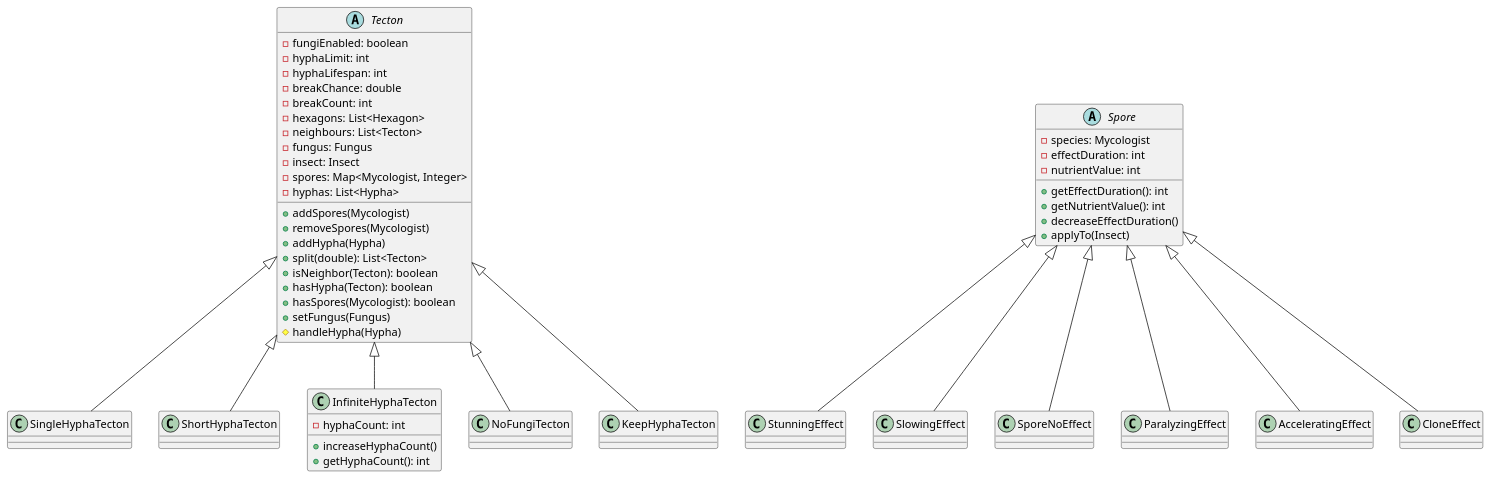
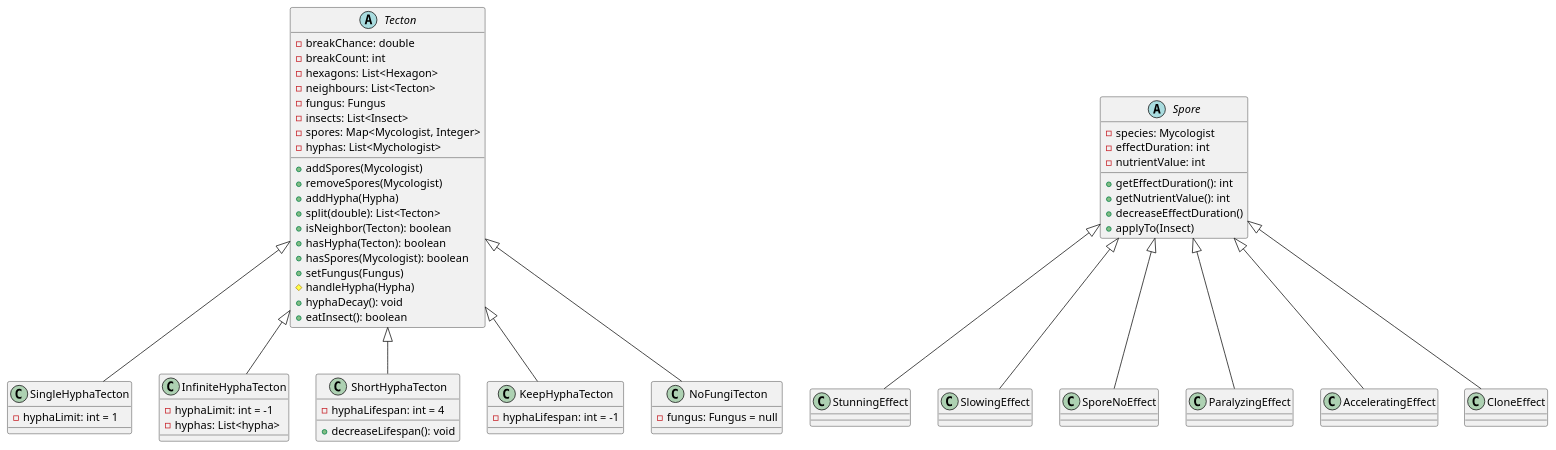
The diagram in docs/Class/derrived.puml (hujberhunor/SzomiSztegoProjlab), drawn with PlantUML before and after one commit. The commit also changed 7 other files, not shown here.

```diff
--- a/docs/Class/derrived.puml
+++ b/docs/Class/derrived.puml
@@ -1,54 +1,61 @@
 @startuml
 
 abstract class Tecton {
-    - fungiEnabled: boolean
-    - hyphaLimit: int
-    - hyphaLifespan: int
     - breakChance: double
     - breakCount: int
     - hexagons: List<Hexagon>
     - neighbours: List<Tecton>
     - fungus: Fungus
-    - insect: Insect
+    - insects: List<Insect>
     - spores: Map<Mycologist, Integer>
-    - hyphas: List<Hypha>
+    - hyphas: List<Mychologist>
     + addSpores(Mycologist)
     + removeSpores(Mycologist)
     + addHypha(Hypha)
     + split(double): List<Tecton>
     + isNeighbor(Tecton): boolean
     + hasHypha(Tecton): boolean
     + hasSpores(Mycologist): boolean
     + setFungus(Fungus)
     # handleHypha(Hypha)
+    + hyphaDecay(): void
+    + eatInsect(): boolean
 }
 
-class SingleHyphaTecton extends Tecton
-class ShortHyphaTecton  extends Tecton
+class SingleHyphaTecton extends Tecton{
+    - hyphaLimit: int = 1
+}
 class InfiniteHyphaTecton  extends Tecton{
-    - hyphaCount: int
-    + increaseHyphaCount()
-    + getHyphaCount(): int
+    - hyphaLimit: int = -1
+    - hyphas: List<hypha>
 }
-class NoFungiTecton extends Tecton
-class KeepHyphaTecton extends Tecton{ }
+class ShortHyphaTecton  extends Tecton{
+    - hyphaLifespan: int = 4
+    + decreaseLifespan(): void 
+}
+class KeepHyphaTecton extends Tecton{ 
+    - hyphaLifespan: int = -1
+}
+class NoFungiTecton extends Tecton{
+    - fungus: Fungus = null
+}
 
 
 abstract class Spore {
     - species: Mycologist
     - effectDuration: int
     - nutrientValue: int
     + getEffectDuration(): int
     + getNutrientValue(): int
     + decreaseEffectDuration()
     + applyTo(Insect)
 }
 
 class StunningEffect extends Spore
 class SlowingEffect extends Spore
 class SporeNoEffect extends Spore
 class ParalyzingEffect extends Spore
 class AcceleratingEffect extends Spore
 class CloneEffect extends Spore
 
 @enduml
```
